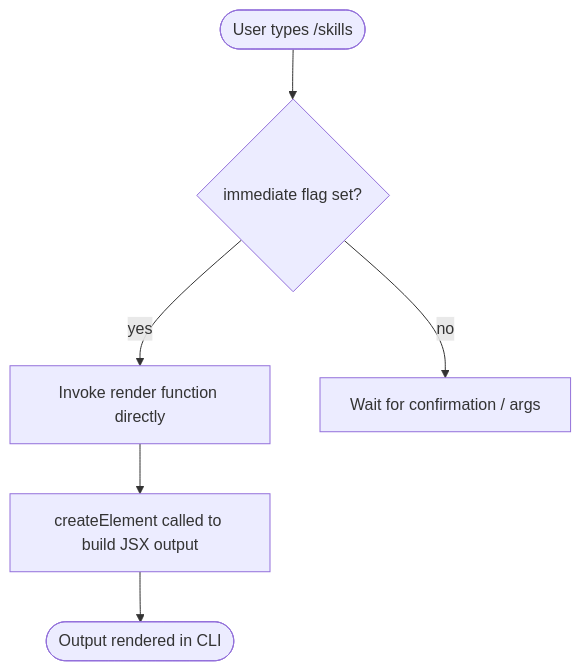
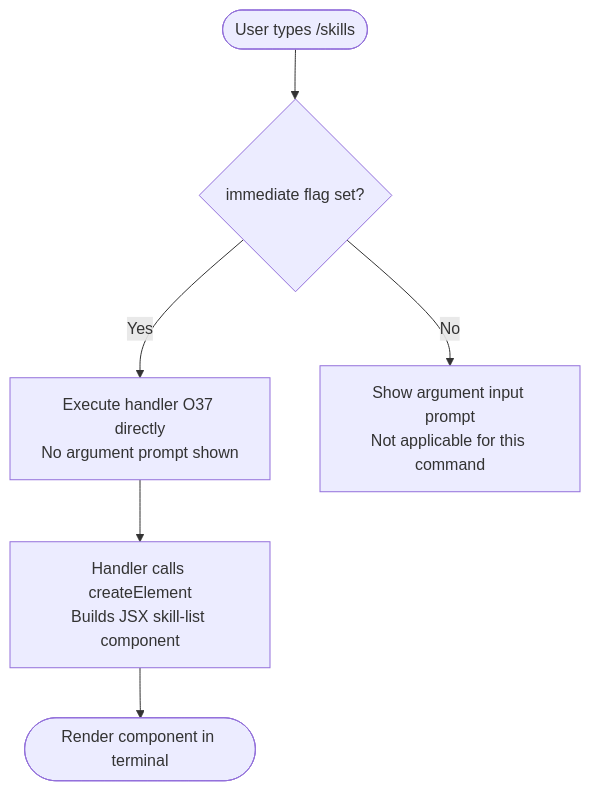
Before and after one commit to MyLittleLuckyDog/cc-gnothi: the diagram in versions/v2.1.132/skills.md, drawn with Mermaid. The commit also changed other lines of this file and 96 other files, not shown here.

````diff
--- a/versions/v2.1.132/skills.md
+++ b/versions/v2.1.132/skills.md
@@ -42,8 +60,8 @@
 ```mermaid
 flowchart TD
     A([User types /skills]) --> B{immediate flag set?}
-    B -- yes --> C[Invoke render function directly]
-    B -- no --> D[Wait for confirmation / args]
-    C --> E[createElement called to build JSX output]
-    E --> F([Output rendered in CLI])
+    B -- Yes --> C[Execute handler O37 directly\nNo argument prompt shown]
+    B -- No --> D[Show argument input prompt\nNot applicable for this command]
+    C --> E[Handler calls createElement\nBuilds JSX skill-list component]
+    E --> F([Render component in terminal])
 ```
````
